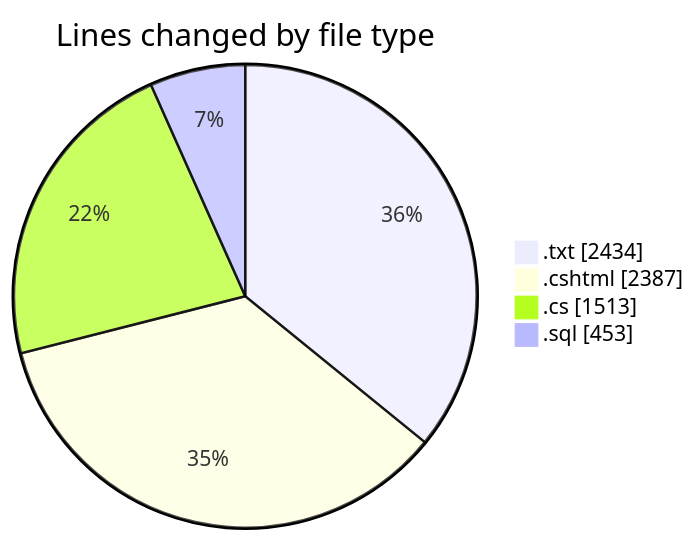
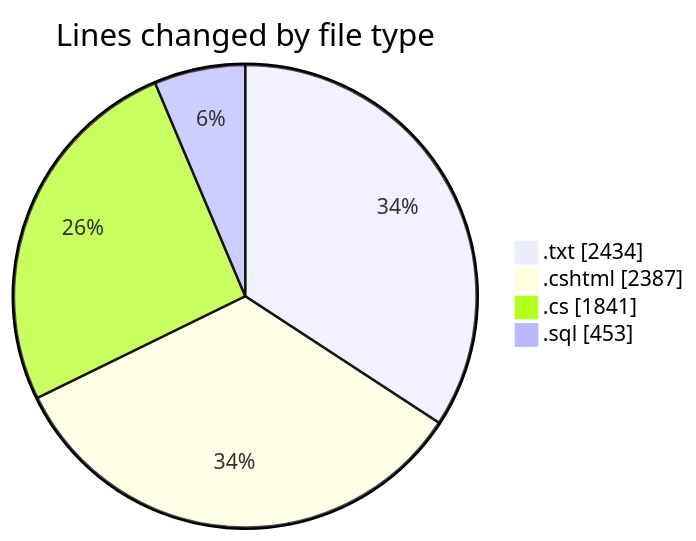
The first of 2 diagrams in 2025-07-25/quanlyrapchieuphim-1/README.md (lephambinh05/code-tracking), drawn with Mermaid before and after one commit. The commit also changed other lines of this file and 1 other file, not shown here.

````diff
--- a/2025-07-25/quanlyrapchieuphim-1/README.md
+++ b/2025-07-25/quanlyrapchieuphim-1/README.md
@@ -30,8 +39,8 @@
 ```mermaid
 pie showData
 title Lines changed by file type
 ".txt" : 2434
 ".cshtml" : 2387
-".cs" : 1513
+".cs" : 1841
 ".sql" : 453
 ```
````
